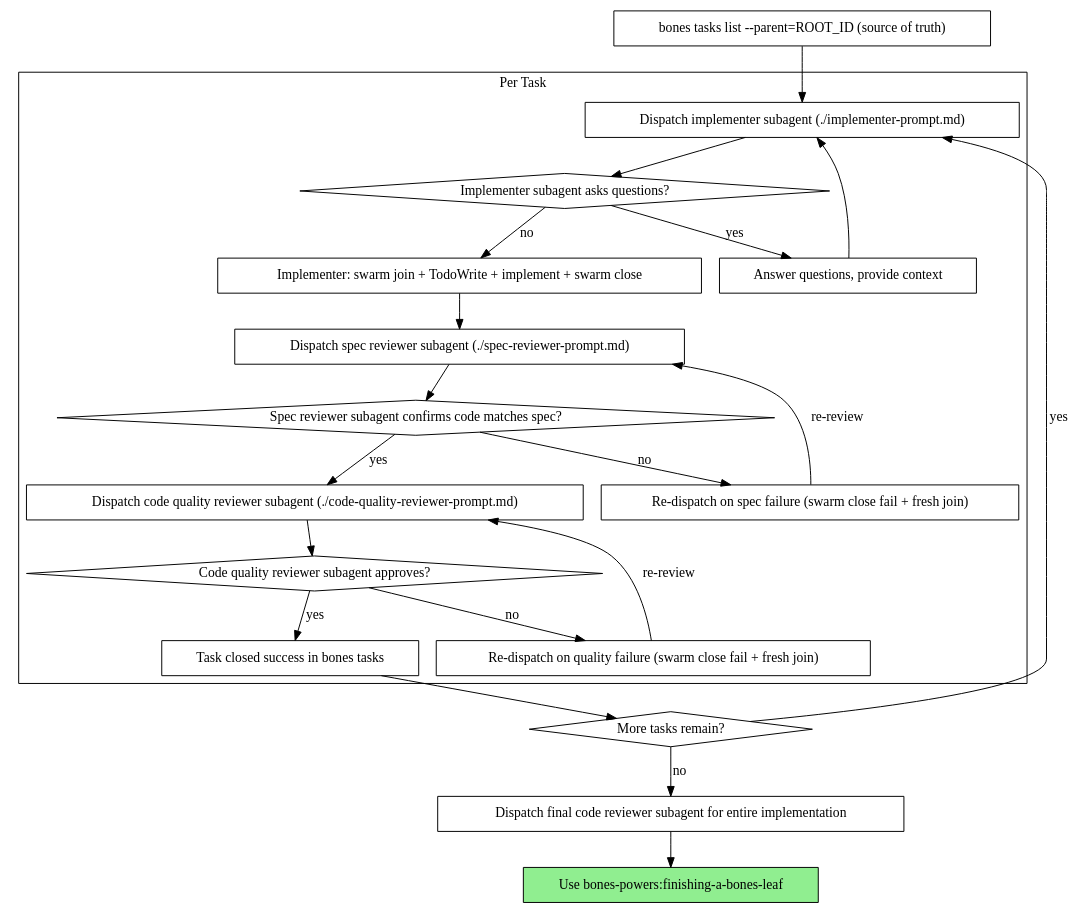
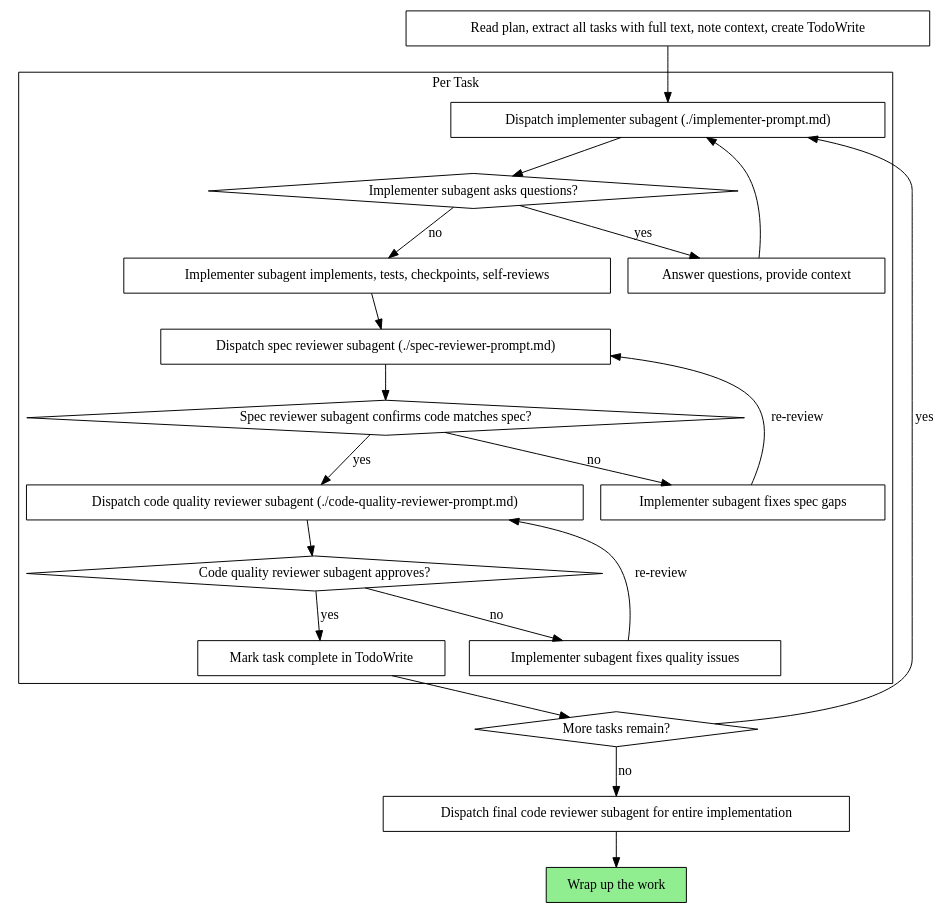
Before and after one commit to danmestas/agent-config: the second of 2 diagrams in skills/subagent-driven-development/SKILL.md, drawn with Graphviz. The commit also changed other lines of this file and 25 other files, not shown here.

````diff
--- a/skills/subagent-driven-development/SKILL.md
+++ b/skills/subagent-driven-development/SKILL.md
@@ -59,44 +50,44 @@
 ```dot
 digraph process {
     rankdir=TB;
 
     subgraph cluster_per_task {
         label="Per Task";
         "Dispatch implementer subagent (./implementer-prompt.md)" [shape=box];
         "Implementer subagent asks questions?" [shape=diamond];
         "Answer questions, provide context" [shape=box];
-        "Implementer: swarm join + TodoWrite + implement + swarm close" [shape=box];
+        "Implementer subagent implements, tests, checkpoints, self-reviews" [shape=box];
         "Dispatch spec reviewer subagent (./spec-reviewer-prompt.md)" [shape=box];
         "Spec reviewer subagent confirms code matches spec?" [shape=diamond];
-        "Re-dispatch on spec failure (swarm close fail + fresh join)" [shape=box];
+        "Implementer subagent fixes spec gaps" [shape=box];
         "Dispatch code quality reviewer subagent (./code-quality-reviewer-prompt.md)" [shape=box];
         "Code quality reviewer subagent approves?" [shape=diamond];
-        "Re-dispatch on quality failure (swarm close fail + fresh join)" [shape=box];
-        "Task closed success in bones tasks" [shape=box];
+        "Implementer subagent fixes quality issues" [shape=box];
+        "Mark task complete in TodoWrite" [shape=box];
     }
 
-    "bones tasks list --parent=ROOT_ID (source of truth)" [shape=box];
+    "Read plan, extract all tasks with full text, note context, create TodoWrite" [shape=box];
     "More tasks remain?" [shape=diamond];
     "Dispatch final code reviewer subagent for entire implementation" [shape=box];
-    "Use bones-powers:finishing-a-bones-leaf" [shape=box style=filled fillcolor=lightgreen];
+    "Wrap up the work" [shape=box style=filled fillcolor=lightgreen];
 
-    "bones tasks list --parent=ROOT_ID (source of truth)" -> "Dispatch implementer subagent (./implementer-prompt.md)";
+    "Read plan, extract all tasks with full text, note context, create TodoWrite" -> "Dispatch implementer subagent (./implementer-prompt.md)";
     "Dispatch implementer subagent (./implementer-prompt.md)" -> "Implementer subagent asks questions?";
     "Implementer subagent asks questions?" -> "Answer questions, provide context" [label="yes"];
     "Answer questions, provide context" -> "Dispatch implementer subagent (./implementer-prompt.md)";
-    "Implementer subagent asks questions?" -> "Implementer: swarm join + TodoWrite + implement + swarm close" [label="no"];
-    "Implementer: swarm join + TodoWrite + implement + swarm close" -> "Dispatch spec reviewer subagent (./spec-reviewer-prompt.md)";
+    "Implementer subagent asks questions?" -> "Implementer subagent implements, tests, checkpoints, self-reviews" [label="no"];
+    "Implementer subagent implements, tests, checkpoints, self-reviews" -> "Dispatch spec reviewer subagent (./spec-reviewer-prompt.md)";
     "Dispatch spec reviewer subagent (./spec-reviewer-prompt.md)" -> "Spec reviewer subagent confirms code matches spec?";
-    "Spec reviewer subagent confirms code matches spec?" -> "Re-dispatch on spec failure (swarm close fail + fresh join)" [label="no"];
-    "Re-dispatch on spec failure (swarm close fail + fresh join)" -> "Dispatch spec reviewer subagent (./spec-reviewer-prompt.md)" [label="re-review"];
+    "Spec reviewer subagent confirms code matches spec?" -> "Implementer subagent fixes spec gaps" [label="no"];
+    "Implementer subagent fixes spec gaps" -> "Dispatch spec reviewer subagent (./spec-reviewer-prompt.md)" [label="re-review"];
     "Spec reviewer subagent confirms code matches spec?" -> "Dispatch code quality reviewer subagent (./code-quality-reviewer-prompt.md)" [label="yes"];
     "Dispatch code quality reviewer subagent (./code-quality-reviewer-prompt.md)" -> "Code quality reviewer subagent approves?";
-    "Code quality reviewer subagent approves?" -> "Re-dispatch on quality failure (swarm close fail + fresh join)" [label="no"];
-    "Re-dispatch on quality failure (swarm close fail + fresh join)" -> "Dispatch code quality reviewer subagent (./code-quality-reviewer-prompt.md)" [label="re-review"];
-    "Code quality reviewer subagent approves?" -> "Task closed success in bones tasks" [label="yes"];
-    "Task closed success in bones tasks" -> "More tasks remain?";
+    "Code quality reviewer subagent approves?" -> "Implementer subagent fixes quality issues" [label="no"];
+    "Implementer subagent fixes quality issues" -> "Dispatch code quality reviewer subagent (./code-quality-reviewer-prompt.md)" [label="re-review"];
+    "Code quality reviewer subagent approves?" -> "Mark task complete in TodoWrite" [label="yes"];
+    "Mark task complete in TodoWrite" -> "More tasks remain?";
     "More tasks remain?" -> "Dispatch implementer subagent (./implementer-prompt.md)" [label="yes"];
     "More tasks remain?" -> "Dispatch final code reviewer subagent for entire implementation" [label="no"];
-    "Dispatch final code reviewer subagent for entire implementation" -> "Use bones-powers:finishing-a-bones-leaf";
+    "Dispatch final code reviewer subagent for entire implementation" -> "Wrap up the work";
 }
 ```
````
